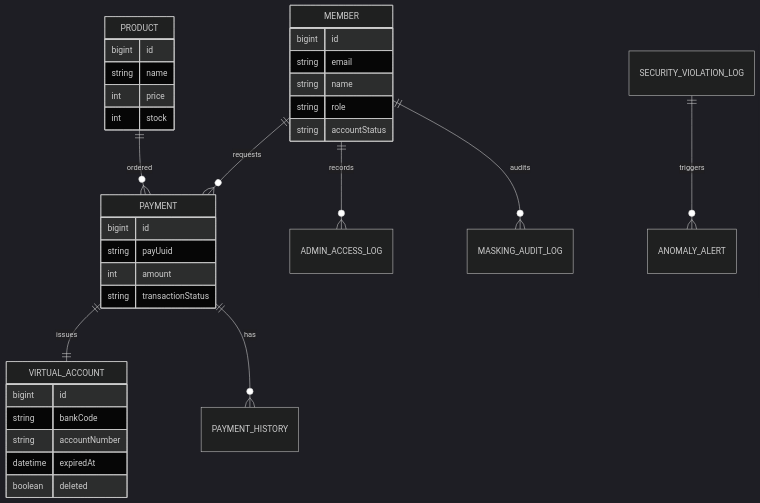
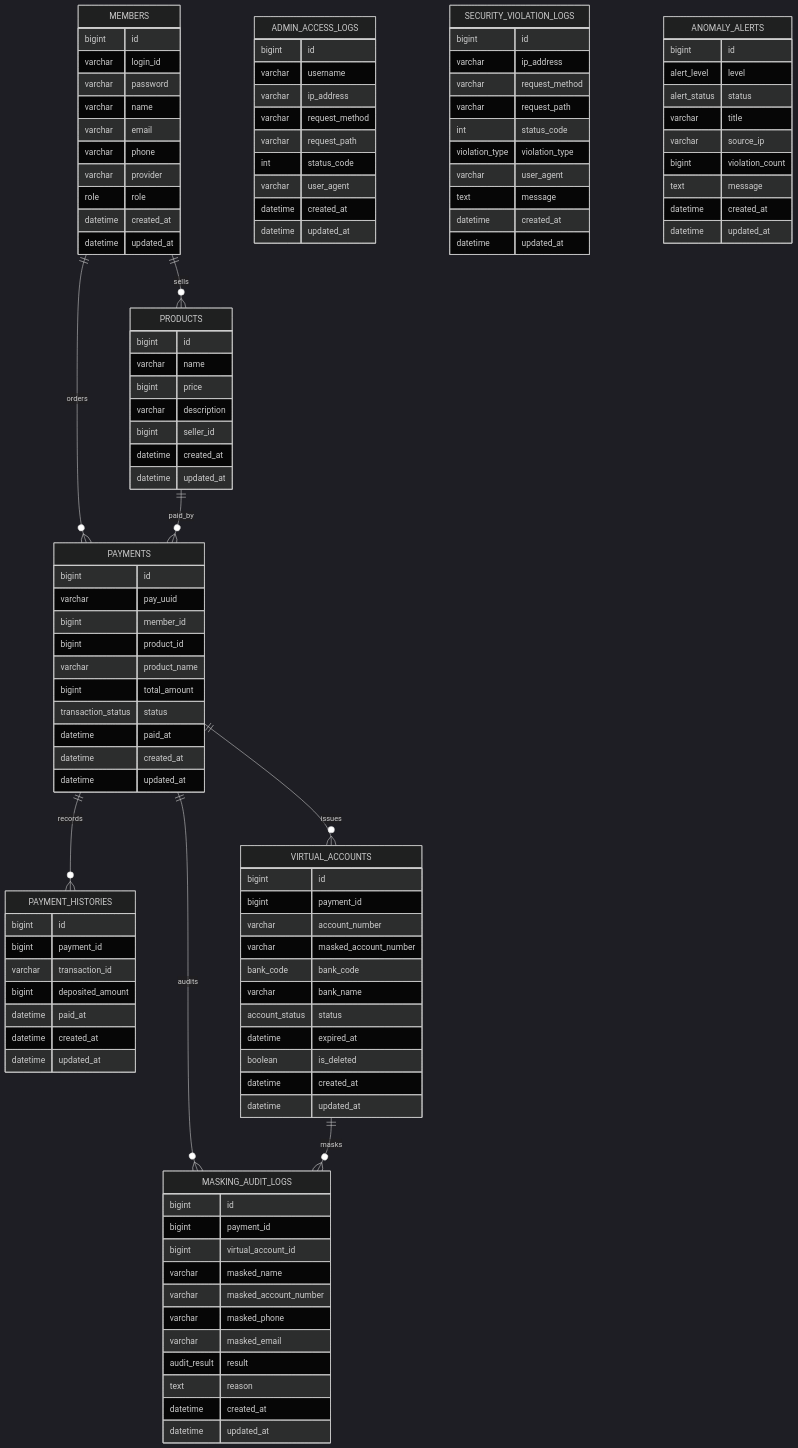
One commit to hongjiho5148/miniproject3 changed the second of 2 diagrams in README.md. Above: the diagram before and after it, drawn with Mermaid (dark theme). The commit also changed other lines of this file, not shown here.

````diff
--- a/README.md
+++ b/README.md
@@ -115,40 +116,121 @@
 ```mermaid
 erDiagram
-    MEMBER ||--o{ PAYMENT : requests
-    MEMBER ||--o{ ADMIN_ACCESS_LOG : records
-    PAYMENT ||--|| VIRTUAL_ACCOUNT : issues
-    PAYMENT ||--o{ PAYMENT_HISTORY : has
-    PRODUCT ||--o{ PAYMENT : ordered
-    SECURITY_VIOLATION_LOG ||--o{ ANOMALY_ALERT : triggers
-    MEMBER ||--o{ MASKING_AUDIT_LOG : audits
+    MEMBERS ||--o{ PRODUCTS : sells
+    MEMBERS ||--o{ PAYMENTS : orders
+    PRODUCTS ||--o{ PAYMENTS : paid_by
+    PAYMENTS ||--o{ PAYMENT_HISTORIES : records
+    PAYMENTS ||--o{ VIRTUAL_ACCOUNTS : issues
+    PAYMENTS ||--o{ MASKING_AUDIT_LOGS : audits
+    VIRTUAL_ACCOUNTS ||--o{ MASKING_AUDIT_LOGS : masks
 
-    MEMBER {
+    MEMBERS {
       bigint id
-      string email
-      string name
-      string role
-      string accountStatus
+      varchar login_id
+      varchar password
+      varchar name
+      varchar email
+      varchar phone
+      varchar provider
+      role role
+      datetime created_at
+      datetime updated_at
     }
 
-    PRODUCT {
+    PRODUCTS {
       bigint id
-      string name
-      int price
-      int stock
+      varchar name
+      bigint price
+      varchar description
+      bigint seller_id
+      datetime created_at
+      datetime updated_at
     }
 
-    PAYMENT {
+    PAYMENTS {
       bigint id
-      string payUuid
-      int amount
-      string transactionStatus
+      varchar pay_uuid
+      bigint member_id
+      bigint product_id
+      varchar product_name
+      bigint total_amount
+      transaction_status status
+      datetime paid_at
+      datetime created_at
+      datetime updated_at
     }
 
-    VIRTUAL_ACCOUNT {
+    PAYMENT_HISTORIES {
       bigint id
-      string bankCode
-      string accountNumber
-      datetime expiredAt
-      boolean deleted
+      bigint payment_id
+      varchar transaction_id
+      bigint deposited_amount
+      datetime paid_at
+      datetime created_at
+      datetime updated_at
+    }
+
+    VIRTUAL_ACCOUNTS {
+      bigint id
+      bigint payment_id
+      varchar account_number
+      varchar masked_account_number
+      bank_code bank_code
+      varchar bank_name
+      account_status status
+      datetime expired_at
+      boolean is_deleted
+      datetime created_at
+      datetime updated_at
+    }
+
+    ADMIN_ACCESS_LOGS {
+      bigint id
+      varchar username
+      varchar ip_address
+      varchar request_method
+      varchar request_path
+      int status_code
+      varchar user_agent
+      datetime created_at
+      datetime updated_at
+    }
+
+    SECURITY_VIOLATION_LOGS {
+      bigint id
+      varchar ip_address
+      varchar request_method
+      varchar request_path
+      int status_code
+      violation_type violation_type
+      varchar user_agent
+      text message
+      datetime created_at
+      datetime updated_at
+    }
+
+    ANOMALY_ALERTS {
+      bigint id
+      alert_level level
+      alert_status status
+      varchar title
+      varchar source_ip
+      bigint violation_count
+      text message
+      datetime created_at
+      datetime updated_at
+    }
+
+    MASKING_AUDIT_LOGS {
+      bigint id
+      bigint payment_id
+      bigint virtual_account_id
+      varchar masked_name
+      varchar masked_account_number
+      varchar masked_phone
+      varchar masked_email
+      audit_result result
+      text reason
+      datetime created_at
+      datetime updated_at
     }
 ```
````
